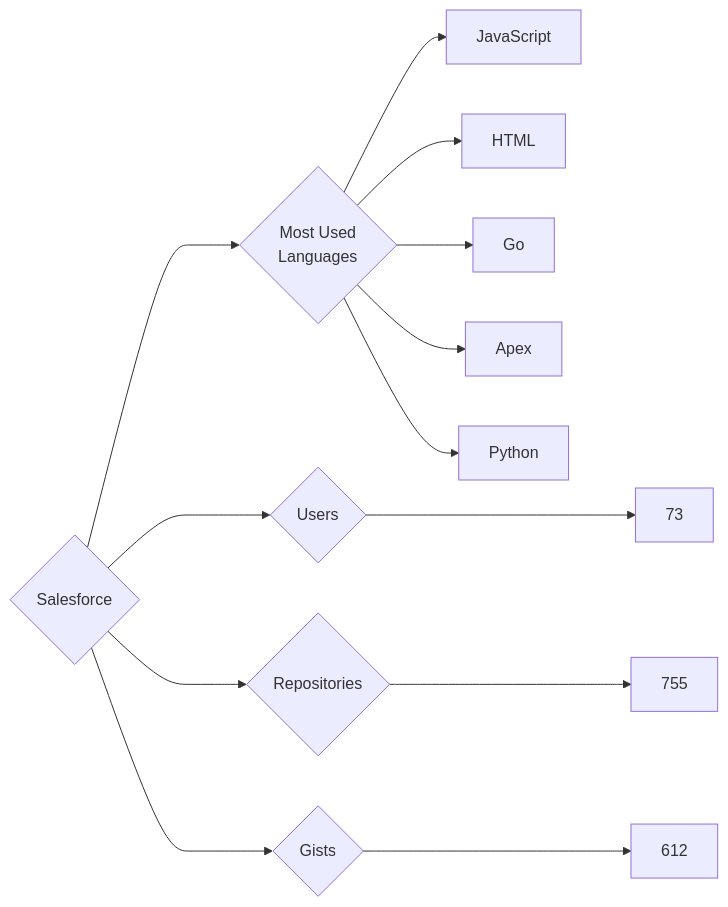
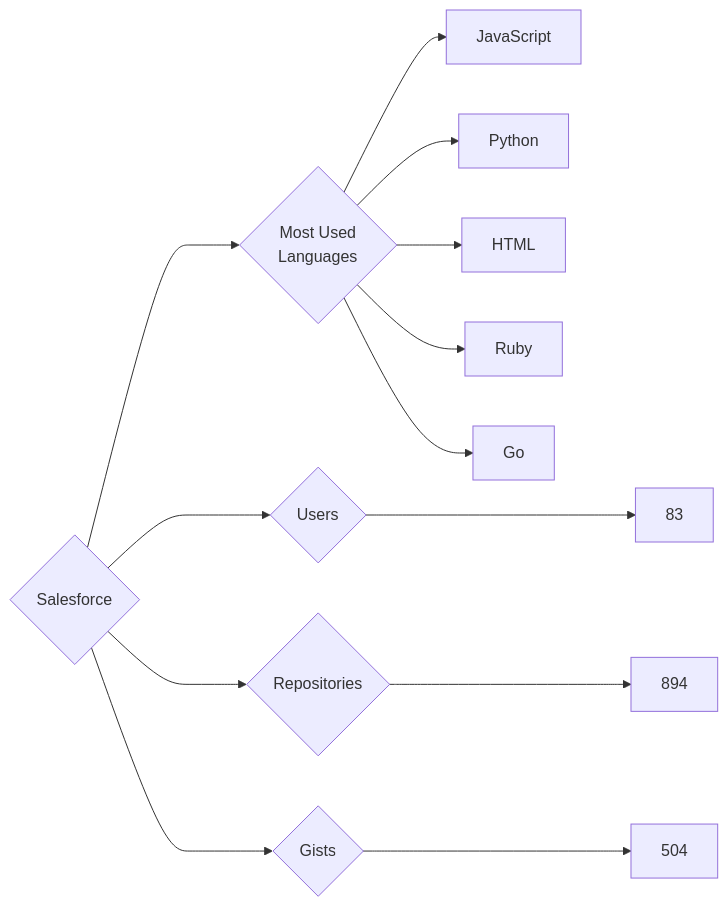
The diagram in targets/Salesforce/README.md (trickest/insiders), drawn with Mermaid before and after one commit. The commit also changed 833 other files, not shown here.

````diff
--- a/targets/Salesforce/README.md
+++ b/targets/Salesforce/README.md
@@ -3,13 +3,13 @@
 ```mermaid
 graph LR
 COMPANY_NAME{Salesforce}
-COMPANY_NAME ---> U{Users} ---> UN[73]
-COMPANY_NAME ---> R{Repositories} ---> RN[755]
-COMPANY_NAME ---> G{Gists} ---> GN[612]
+COMPANY_NAME ---> U{Users} ---> UN[83]
+COMPANY_NAME ---> R{Repositories} ---> RN[894]
+COMPANY_NAME ---> G{Gists} ---> GN[504]
 COMPANY_NAME ---> ML{Most Used<br>Languages}
 ML --> JavaScript[JavaScript]
+ML --> Python[Python]
 ML --> HTML[HTML]
+ML --> Ruby[Ruby]
 ML --> Go[Go]
-ML --> Apex[Apex]
-ML --> Python[Python]
 ```
````
